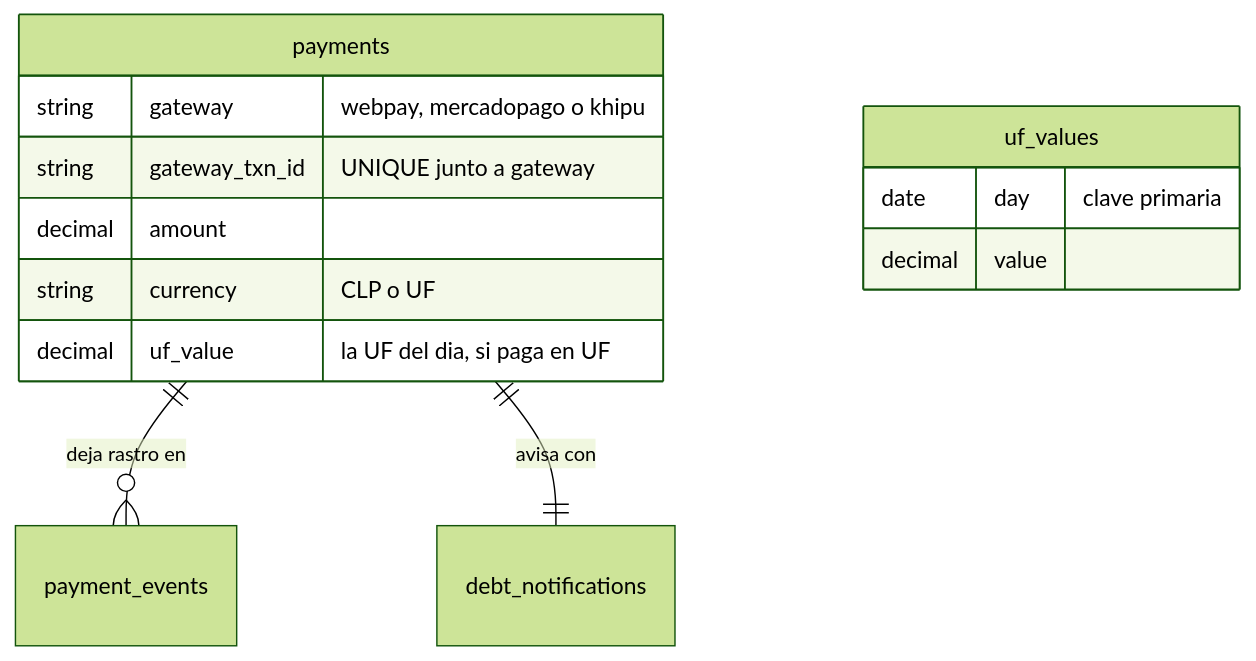
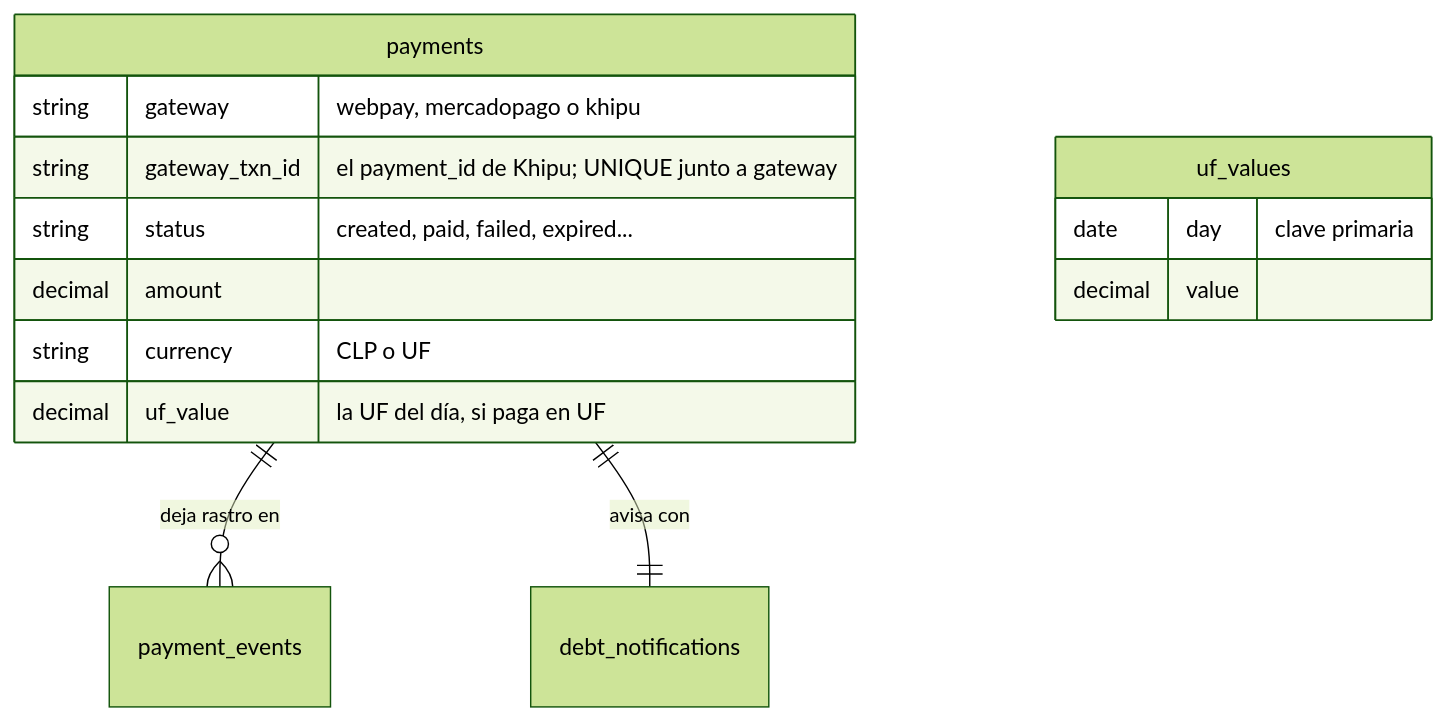
Before and after one commit to Martin6k/TB_web: the fourth of 7 diagrams in README.md, drawn with Mermaid (forest theme). The commit also changed other lines of this file and 64 other files, not shown here.

````diff
--- a/README.md
+++ b/README.md
@@ -453,16 +533,17 @@
 ```mermaid
 erDiagram
     payments ||--o{ payment_events     : "deja rastro en"
     payments ||--|| debt_notifications : "avisa con"
     payments {
         string gateway "webpay, mercadopago o khipu"
-        string gateway_txn_id "UNIQUE junto a gateway"
+        string gateway_txn_id "el payment_id de Khipu; UNIQUE junto a gateway"
+        string status "created, paid, failed, expired..."
         decimal amount
         string currency "CLP o UF"
-        decimal uf_value "la UF del dia, si paga en UF"
+        decimal uf_value "la UF del día, si paga en UF"
     }
     uf_values {
         date day "clave primaria"
         decimal value
     }
 ```
````
